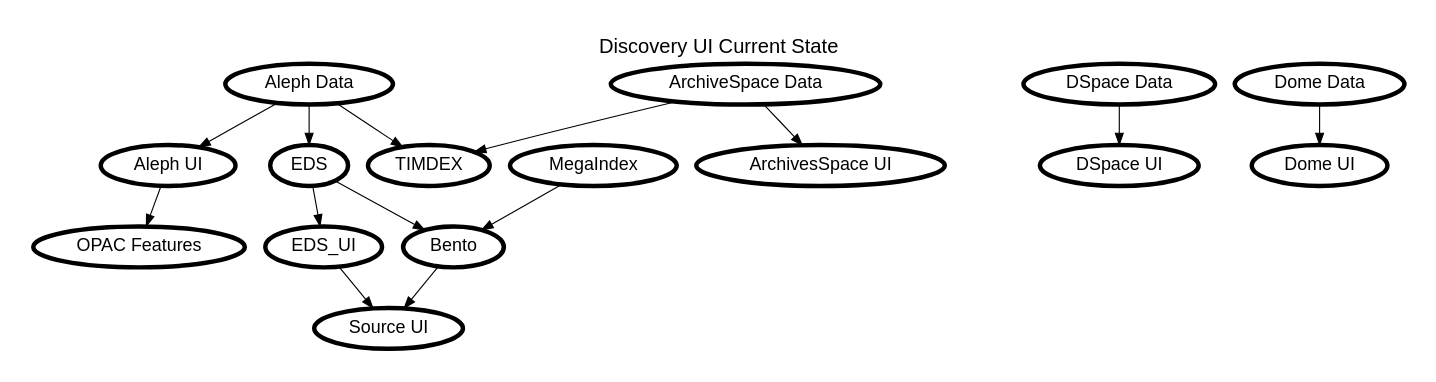
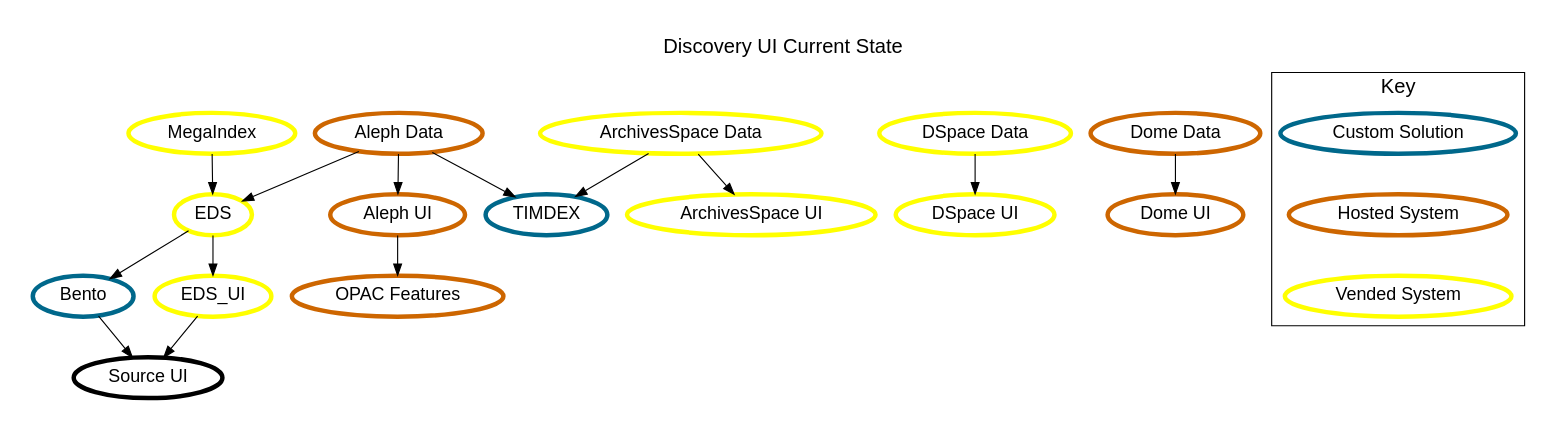
One commit to JPrevost/jprevost.github.io changed the diagram in talks/disco_overview/dots/current_state.dot. Above: the diagram before and after it, drawn with Graphviz. The commit also changed 6 other files, not shown here.

Commit message:
update charts

```diff
--- a/talks/disco_overview/dots/current_state.dot
+++ b/talks/disco_overview/dots/current_state.dot
@@ -1,35 +1,62 @@
 // dot timdex_central.dot -Tpng > timdex_central.png
 // requires installation of GraphViz (brew install graphviz, or
 // http://www.graphviz.org/Download..php if that doesn't work)
 
 digraph G {
   label="Discovery UI Current State";
   labelloc=t;
   fontname=helvetica;
   fontsize=18;
   node [style=filled, fontname=helvetica, fillcolor=white, penwidth=4, fontsize=16];
   pad=0.3;
 
   "Aleph Data" -> "EDS"
-  "ArchiveSpace Data"
+  "ArchivesSpace Data"
   "DSpace Data" -> "DSpace UI"
   "Dome Data" -> "Dome UI"
 
   "Aleph Data" -> TIMDEX
-  "ArchiveSpace Data" -> TIMDEX
-  "ArchiveSpace Data" -> "ArchivesSpace UI"
+  "ArchivesSpace Data" -> TIMDEX
+  "ArchivesSpace Data" -> "ArchivesSpace UI"
   
-  "MegaIndex" -> Bento
+  "MegaIndex" -> EDS
   "MegaIndex"
 
   "EDS" -> Bento
   EDS -> EDS_UI
   EDS_UI -> "Source UI"
   "Aleph Data" -> "Aleph UI"
   "Aleph UI" -> "OPAC Features"
   // "OPAC Features" -> "View checked out items"[color=SteelBlue1]
   // "OPAC Features" -> "Renew items"[color=SteelBlue1]
   // "OPAC Features" -> "Pay fines"[color=SteelBlue1]
 
   "Bento" -> "Source UI"
+
+  "Bento"[color=DeepSkyBlue4]
+  "TIMDEX"[color=DeepSkyBlue4]
+
+  EDS[color=Yellow1]
+  EDS_UI[color=Yellow1]
+  MegaIndex[color=Yellow1]
+  "DSpace Data"[color=Yellow1]
+  "DSpace UI"[color=Yellow1]
+  "ArchivesSpace Data"[color=Yellow1]
+  "ArchivesSpace UI"[color=Yellow1]
+
+  "Aleph Data"[color=darkorange3]
+  "Aleph UI"[color=darkorange3]
+  "OPAC Features"[color=darkorange3]
+  "Dome Data"[color=darkorange3]
+  "Dome UI"[color=darkorange3]
+
+  subgraph clusterLegend {
+    label="Key";
+    {
+     k4[label="Vended System", color=Yellow1];
+     k2[label="Hosted System", color=darkorange3];
+     k1[label="Custom Solution", color=DeepSkyBlue4]
+     k1 -> k2 -> k4 [style=invis]
+     }
+  }
 }
```
